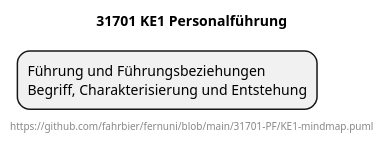
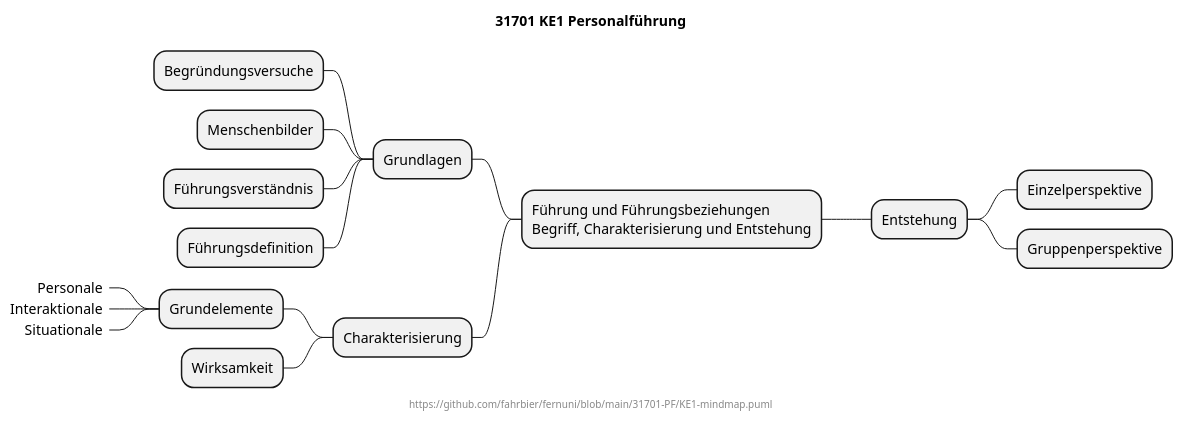
The diagram in 31701-PF/KE1-mindmap.puml (fahrbier/fernuni), drawn with PlantUML before and after one commit.

Commit message:
mapped toc into mindmap

```diff
--- a/31701-PF/KE1-mindmap.puml
+++ b/31701-PF/KE1-mindmap.puml
@@ -1,7 +1,23 @@
 @startmindmap
 title 31701 KE1 Personalführung
 center footer https://github.com/fahrbier/fernuni/blob/main/31701-PF/KE1-mindmap.puml
 
 + Führung und Führungsbeziehungen\nBegriff, Charakterisierung und Entstehung
+-- Grundlagen
+--- Begründungsversuche
+--- Menschenbilder
+--- Führungsverständnis
+--- Führungsdefinition
+
+-- Charakterisierung
+--- Grundelemente
+----_ Personale 
+----_ Interaktionale 
+----_ Situationale 
+--- Wirksamkeit
+
+++ Entstehung
++++ Einzelperspektive
++++ Gruppenperspektive
 
 @endmindmap
```
